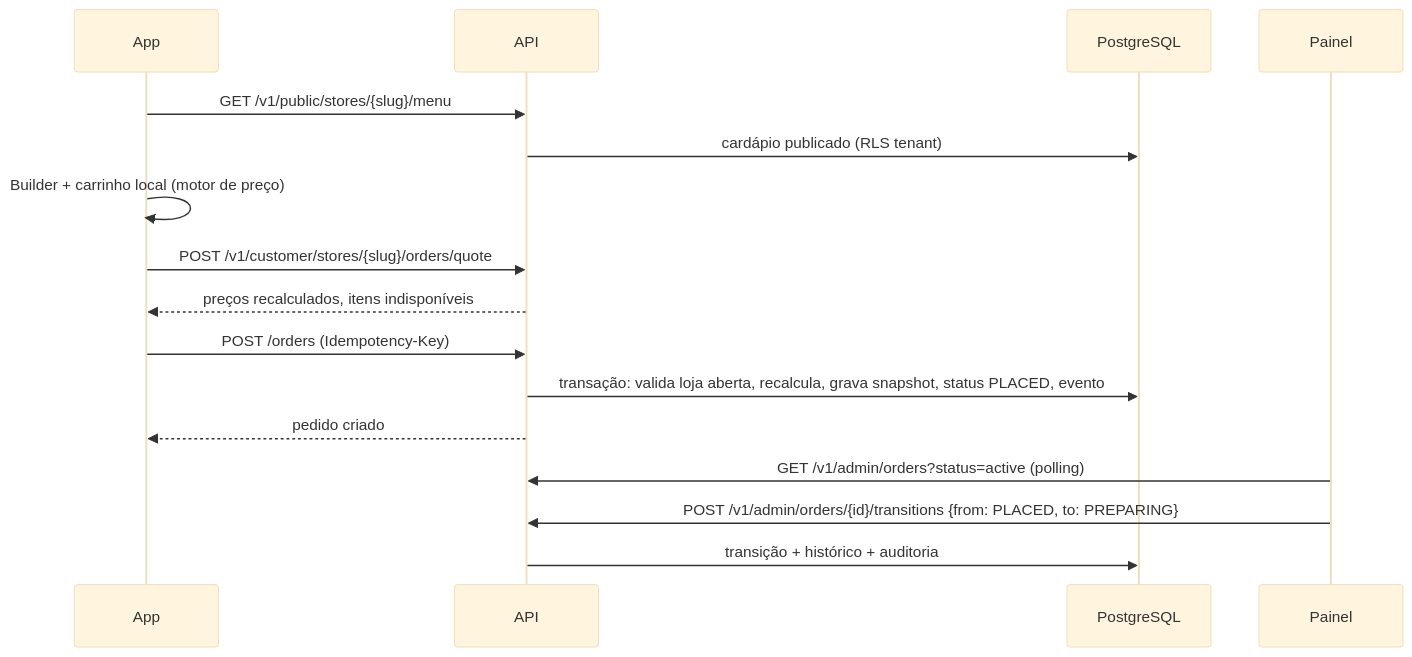
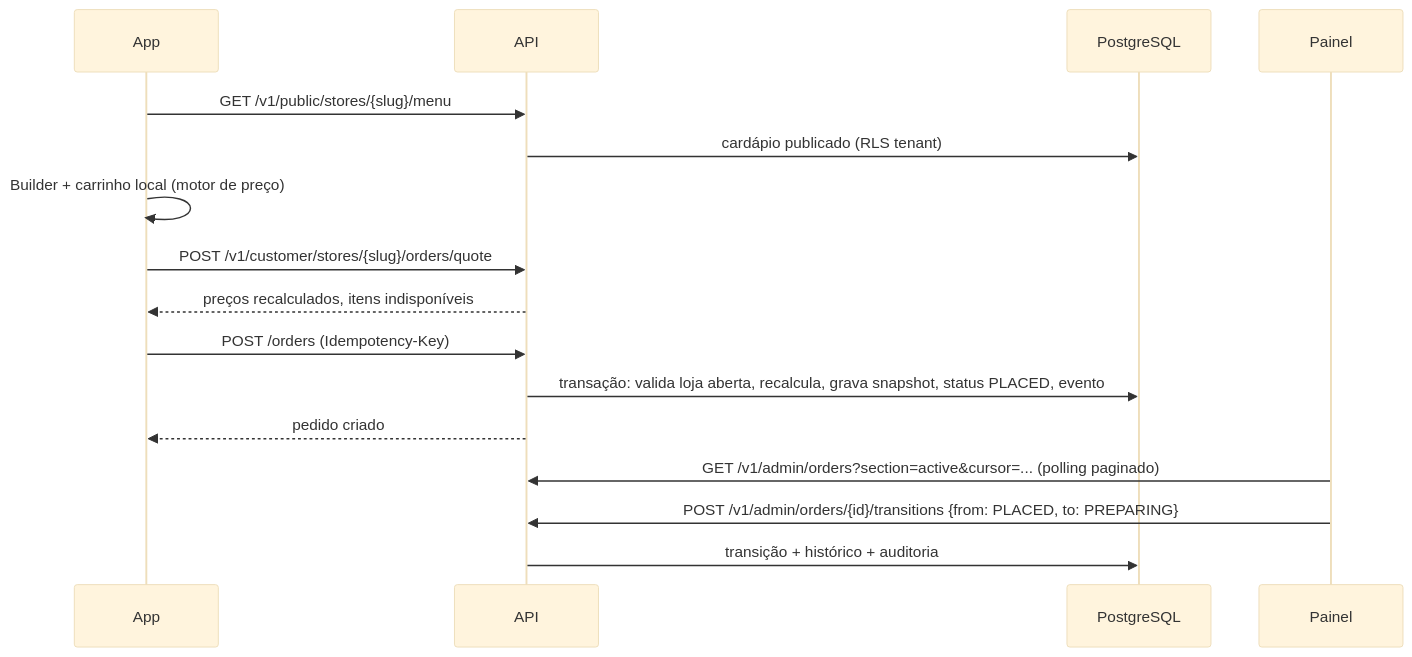
Before and after one commit to PetersonFonsec/White-Oven: the second of 2 diagrams in docs/architecture/system-overview.md, drawn with Mermaid (base theme). The commit also changed 10 other files, not shown here.

````diff
--- a/docs/architecture/system-overview.md
+++ b/docs/architecture/system-overview.md
@@ -77,18 +77,18 @@
 ```mermaid
 sequenceDiagram
   participant App
   participant API
   participant DB as PostgreSQL
   participant Painel
   App->>API: GET /v1/public/stores/{slug}/menu
   API->>DB: cardápio publicado (RLS tenant)
   App->>App: Builder + carrinho local (motor de preço)
   App->>API: POST /v1/customer/stores/{slug}/orders/quote
   API-->>App: preços recalculados, itens indisponíveis
   App->>API: POST /orders (Idempotency-Key)
   API->>DB: transação: valida loja aberta, recalcula, grava snapshot, status PLACED, evento
   API-->>App: pedido criado
-  Painel->>API: GET /v1/admin/orders?status=active (polling)
+  Painel->>API: GET /v1/admin/orders?section=active&cursor=... (polling paginado)
   Painel->>API: POST /v1/admin/orders/{id}/transitions {from: PLACED, to: PREPARING}
   API->>DB: transição + histórico + auditoria
 ```
````
